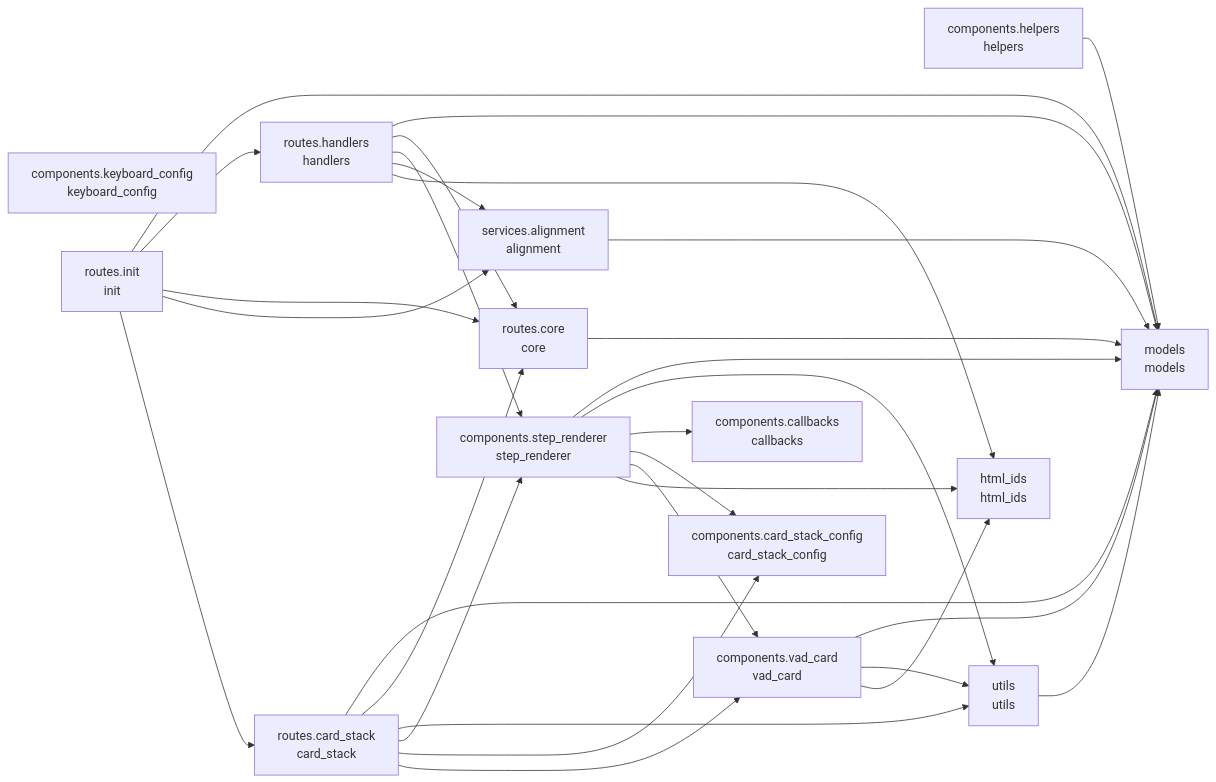
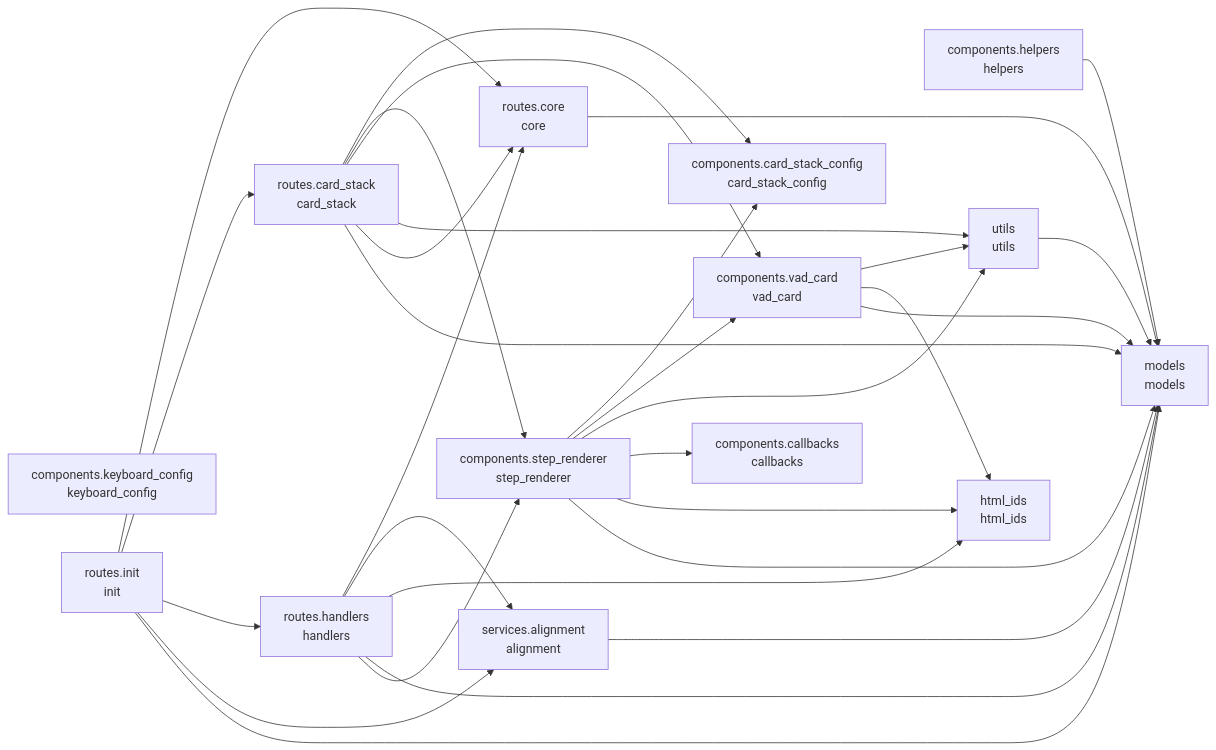
Before and after one commit to cj-mills/cjm-transcript-vad-align: the diagram in README.md, drawn with Mermaid. The commit also changed other lines of this file and 3 other files, not shown here.

````diff
--- a/README.md
+++ b/README.md
@@ -37,47 +37,47 @@
 ``` mermaid
 graph LR
     components_callbacks[components.callbacks<br/>callbacks]
     components_card_stack_config[components.card_stack_config<br/>card_stack_config]
     components_helpers[components.helpers<br/>helpers]
     components_keyboard_config[components.keyboard_config<br/>keyboard_config]
     components_step_renderer[components.step_renderer<br/>step_renderer]
     components_vad_card[components.vad_card<br/>vad_card]
     html_ids[html_ids<br/>html_ids]
     models[models<br/>models]
     routes_card_stack[routes.card_stack<br/>card_stack]
     routes_core[routes.core<br/>core]
     routes_handlers[routes.handlers<br/>handlers]
     routes_init[routes.init<br/>init]
     services_alignment[services.alignment<br/>alignment]
     utils[utils<br/>utils]
 
     components_helpers --> models
-    components_step_renderer --> models
+    components_step_renderer --> components_card_stack_config
+    components_step_renderer --> components_vad_card
     components_step_renderer --> utils
     components_step_renderer --> components_callbacks
-    components_step_renderer --> components_card_stack_config
-    components_step_renderer --> components_vad_card
     components_step_renderer --> html_ids
-    components_vad_card --> models
+    components_step_renderer --> models
     components_vad_card --> utils
     components_vad_card --> html_ids
+    components_vad_card --> models
+    routes_card_stack --> components_card_stack_config
+    routes_card_stack --> components_step_renderer
+    routes_card_stack --> components_vad_card
+    routes_card_stack --> utils
+    routes_card_stack --> routes_core
     routes_card_stack --> models
-    routes_card_stack --> routes_core
-    routes_card_stack --> utils
-    routes_card_stack --> components_step_renderer
-    routes_card_stack --> components_card_stack_config
-    routes_card_stack --> components_vad_card
     routes_core --> models
-    routes_handlers --> models
     routes_handlers --> routes_core
-    routes_handlers --> components_step_renderer
     routes_handlers --> services_alignment
     routes_handlers --> html_ids
+    routes_handlers --> models
+    routes_handlers --> components_step_renderer
+    routes_init --> routes_core
+    routes_init --> routes_card_stack
+    routes_init --> routes_handlers
+    routes_init --> services_alignment
     routes_init --> models
-    routes_init --> routes_handlers
-    routes_init --> routes_core
-    routes_init --> services_alignment
-    routes_init --> routes_card_stack
     services_alignment --> models
     utils --> models
 ```
````
